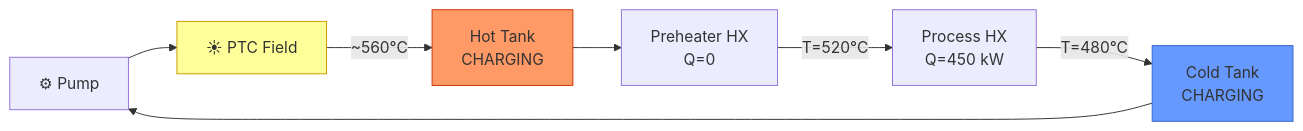
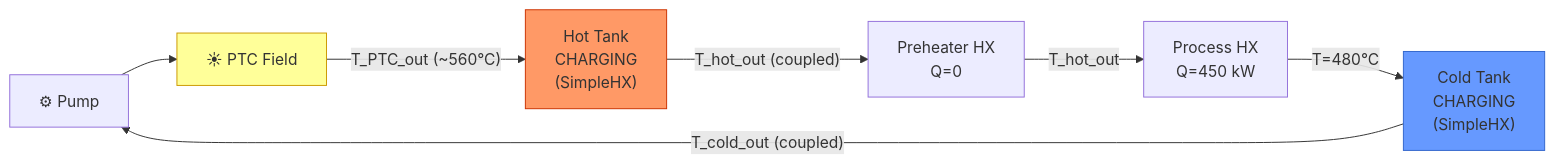
Before and after one commit to iwolde/pbtes-sim: the eighth of 17 diagrams in .planning/PLANT_LAYOUTS_AND_MODES.md, drawn with Mermaid. The commit also changed other lines of this file and 12 other files, not shown here.

````diff
--- a/.planning/PLANT_LAYOUTS_AND_MODES.md
+++ b/.planning/PLANT_LAYOUTS_AND_MODES.md
@@ -355,13 +364,13 @@
 ```mermaid
 graph LR
     P1["⚙ Pump"] --> PTC["☀ PTC Field"]
-    PTC -->|"~560°C"| HT["Hot Tank<br/>CHARGING"]
-    HT --> PH["Preheater HX<br/>Q=0"]
-    PH -->|"T=520°C"| PR["Process HX<br/>Q=450 kW"]
-    PR -->|"T=480°C"| CT["Cold Tank<br/>CHARGING"]
-    CT --> P1
+    PTC -->|"T_PTC_out (~560°C)"| HT["Hot Tank<br/>CHARGING<br/>(SimpleHX)"]
+    HT -->|"T_hot_out (coupled)"| PH["Preheater HX<br/>Q=0"]
+    PH -->|"T_hot_out"| PR["Process HX<br/>Q=450 kW"]
+    PR -->|"T=480°C"| CT["Cold Tank<br/>CHARGING<br/>(SimpleHX)"]
+    CT -->|"T_cold_out (coupled)"| P1
 
     style PTC fill:#ff9,stroke:#c90
     style HT fill:#f96,stroke:#c30
     style CT fill:#69f,stroke:#36c
 ```
````
